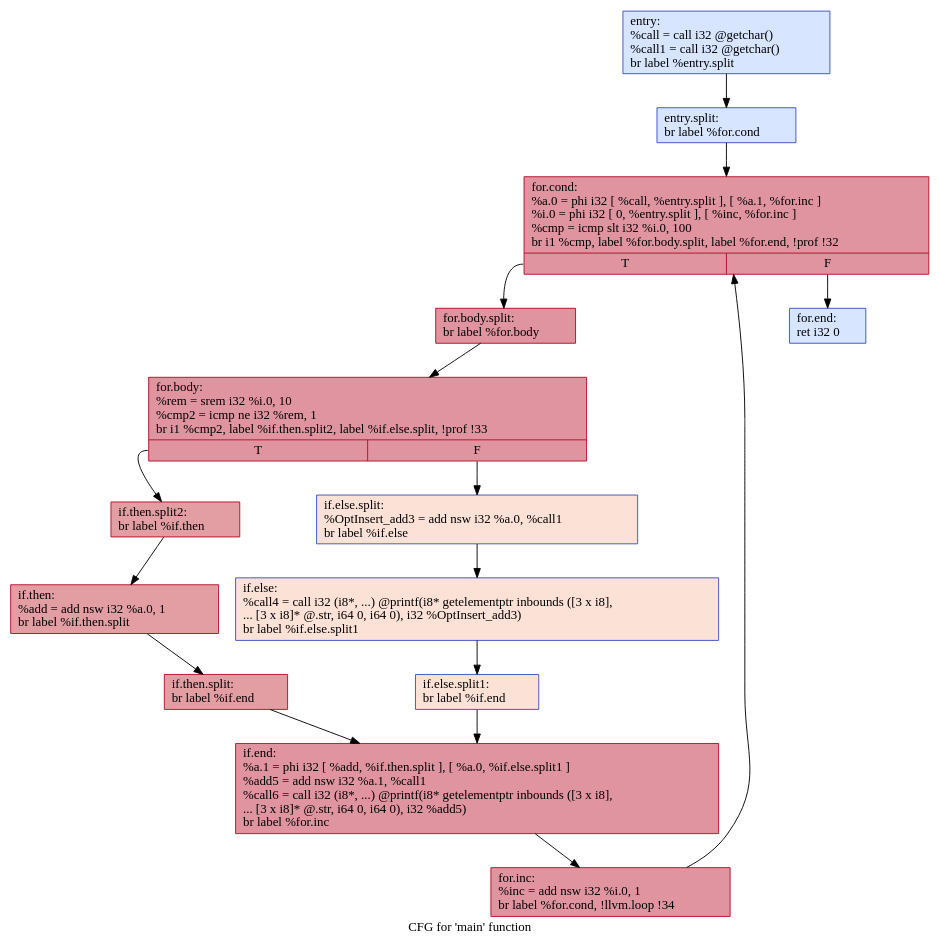
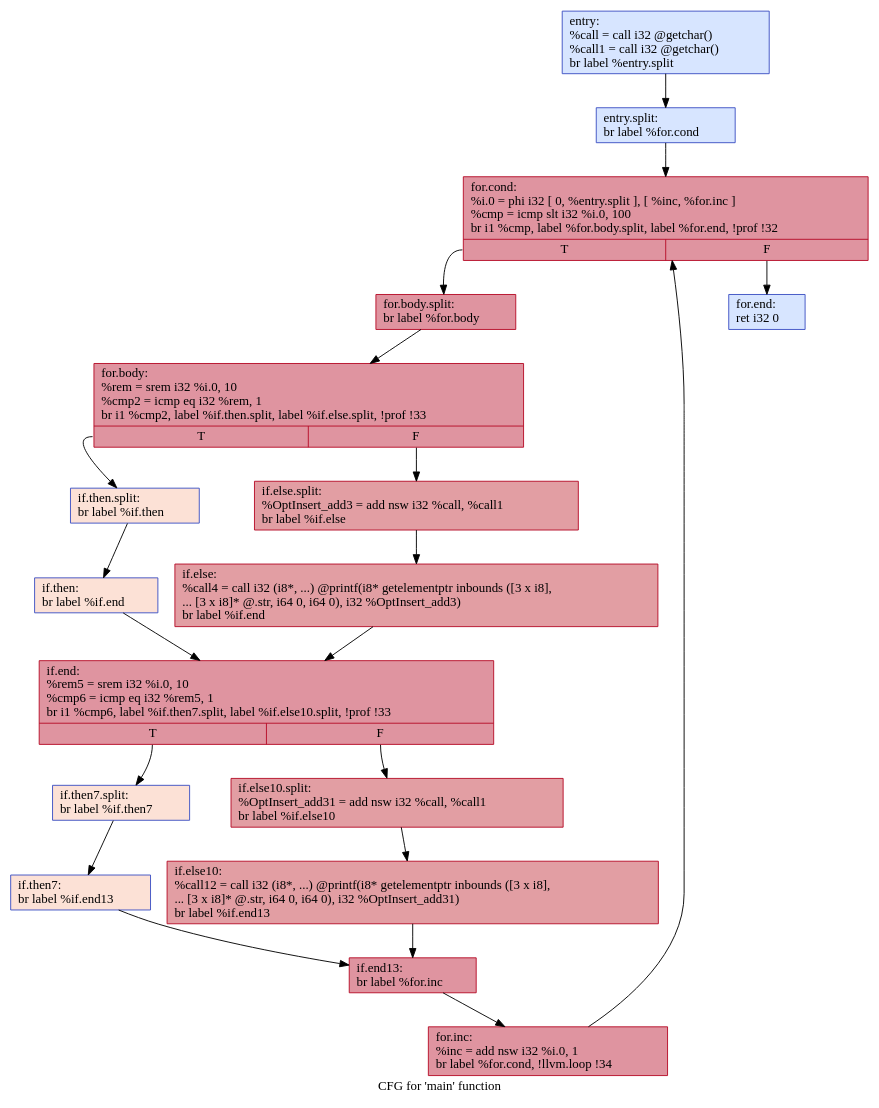
One commit to GGLeod/Speculation-Based-GVNPRE changed the diagram in visual/.main.dot. Above: the diagram before and after it, drawn with Graphviz. The commit also changed 14 other files, not shown here.

```diff
--- a/visual/.main.dot
+++ b/visual/.main.dot
@@ -1,33 +1,40 @@
 digraph "CFG for 'main' function" {
 	label="CFG for 'main' function";
 
-	Node0x564414811640 [shape=record,color="#3d50c3ff", style=filled, fillcolor="#a5c3fe70",label="{entry:\l  %call = call i32 @getchar()\l  %call1 = call i32 @getchar()\l  br label %entry.split\l}"];
-	Node0x564414811640 -> Node0x564414820880;
-	Node0x564414820880 [shape=record,color="#3d50c3ff", style=filled, fillcolor="#a5c3fe70",label="{entry.split:                                      \l  br label %for.cond\l}"];
-	Node0x564414820880 -> Node0x5644148208d0;
-	Node0x5644148208d0 [shape=record,color="#b70d28ff", style=filled, fillcolor="#b70d2870",label="{for.cond:                                         \l  %a.0 = phi i32 [ %call, %entry.split ], [ %a.1, %for.inc ]\l  %i.0 = phi i32 [ 0, %entry.split ], [ %inc, %for.inc ]\l  %cmp = icmp slt i32 %i.0, 100\l  br i1 %cmp, label %for.body.split, label %for.end, !prof !32\l|{<s0>T|<s1>F}}"];
-	Node0x5644148208d0:s0 -> Node0x564414820920;
-	Node0x5644148208d0:s1 -> Node0x564414820c40;
-	Node0x564414820920 [shape=record,color="#b70d28ff", style=filled, fillcolor="#b70d2870",label="{for.body.split:                                   \l  br label %for.body\l}"];
-	Node0x564414820920 -> Node0x564414820970;
-	Node0x564414820970 [shape=record,color="#b70d28ff", style=filled, fillcolor="#b70d2870",label="{for.body:                                         \l  %rem = srem i32 %i.0, 10\l  %cmp2 = icmp ne i32 %rem, 1\l  br i1 %cmp2, label %if.then.split2, label %if.else.split, !prof !33\l|{<s0>T|<s1>F}}"];
-	Node0x564414820970:s0 -> Node0x5644148209c0;
-	Node0x564414820970:s1 -> Node0x564414820ab0;
-	Node0x5644148209c0 [shape=record,color="#b70d28ff", style=filled, fillcolor="#be242e70",label="{if.then.split2:                                   \l  br label %if.then\l}"];
-	Node0x5644148209c0 -> Node0x564414820a10;
-	Node0x564414820a10 [shape=record,color="#b70d28ff", style=filled, fillcolor="#be242e70",label="{if.then:                                          \l  %add = add nsw i32 %a.0, 1\l  br label %if.then.split\l}"];
-	Node0x564414820a10 -> Node0x564414820a60;
-	Node0x564414820a60 [shape=record,color="#b70d28ff", style=filled, fillcolor="#be242e70",label="{if.then.split:                                    \l  br label %if.end\l}"];
-	Node0x564414820a60 -> Node0x564414820ba0;
-	Node0x564414820ab0 [shape=record,color="#3d50c3ff", style=filled, fillcolor="#f7bca170",label="{if.else.split:                                    \l  %OptInsert_add3 = add nsw i32 %a.0, %call1\l  br label %if.else\l}"];
-	Node0x564414820ab0 -> Node0x564414820b00;
-	Node0x564414820b00 [shape=record,color="#3d50c3ff", style=filled, fillcolor="#f7bca170",label="{if.else:                                          \l  %call4 = call i32 (i8*, ...) @printf(i8* getelementptr inbounds ([3 x i8],\l... [3 x i8]* @.str, i64 0, i64 0), i32 %OptInsert_add3)\l  br label %if.else.split1\l}"];
-	Node0x564414820b00 -> Node0x564414820b50;
-	Node0x564414820b50 [shape=record,color="#3d50c3ff", style=filled, fillcolor="#f7bca170",label="{if.else.split1:                                   \l  br label %if.end\l}"];
-	Node0x564414820b50 -> Node0x564414820ba0;
-	Node0x564414820ba0 [shape=record,color="#b70d28ff", style=filled, fillcolor="#b70d2870",label="{if.end:                                           \l  %a.1 = phi i32 [ %add, %if.then.split ], [ %a.0, %if.else.split1 ]\l  %add5 = add nsw i32 %a.1, %call1\l  %call6 = call i32 (i8*, ...) @printf(i8* getelementptr inbounds ([3 x i8],\l... [3 x i8]* @.str, i64 0, i64 0), i32 %add5)\l  br label %for.inc\l}"];
-	Node0x564414820ba0 -> Node0x564414820bf0;
-	Node0x564414820bf0 [shape=record,color="#b70d28ff", style=filled, fillcolor="#b70d2870",label="{for.inc:                                          \l  %inc = add nsw i32 %i.0, 1\l  br label %for.cond, !llvm.loop !34\l}"];
-	Node0x564414820bf0 -> Node0x5644148208d0;
-	Node0x564414820c40 [shape=record,color="#3d50c3ff", style=filled, fillcolor="#a5c3fe70",label="{for.end:                                          \l  ret i32 0\l}"];
+	Node0x56197d416640 [shape=record,color="#3d50c3ff", style=filled, fillcolor="#a5c3fe70",label="{entry:\l  %call = call i32 @getchar()\l  %call1 = call i32 @getchar()\l  br label %entry.split\l}"];
+	Node0x56197d416640 -> Node0x56197d425f80;
+	Node0x56197d425f80 [shape=record,color="#3d50c3ff", style=filled, fillcolor="#a5c3fe70",label="{entry.split:                                      \l  br label %for.cond\l}"];
+	Node0x56197d425f80 -> Node0x56197d425fd0;
+	Node0x56197d425fd0 [shape=record,color="#b70d28ff", style=filled, fillcolor="#b70d2870",label="{for.cond:                                         \l  %i.0 = phi i32 [ 0, %entry.split ], [ %inc, %for.inc ]\l  %cmp = icmp slt i32 %i.0, 100\l  br i1 %cmp, label %for.body.split, label %for.end, !prof !32\l|{<s0>T|<s1>F}}"];
+	Node0x56197d425fd0:s0 -> Node0x56197d426020;
+	Node0x56197d425fd0:s1 -> Node0x56197d426430;
+	Node0x56197d426020 [shape=record,color="#b70d28ff", style=filled, fillcolor="#b70d2870",label="{for.body.split:                                   \l  br label %for.body\l}"];
+	Node0x56197d426020 -> Node0x56197d426070;
+	Node0x56197d426070 [shape=record,color="#b70d28ff", style=filled, fillcolor="#b70d2870",label="{for.body:                                         \l  %rem = srem i32 %i.0, 10\l  %cmp2 = icmp eq i32 %rem, 1\l  br i1 %cmp2, label %if.then.split, label %if.else.split, !prof !33\l|{<s0>T|<s1>F}}"];
+	Node0x56197d426070:s0 -> Node0x56197d4260c0;
+	Node0x56197d426070:s1 -> Node0x56197d426160;
+	Node0x56197d4260c0 [shape=record,color="#3d50c3ff", style=filled, fillcolor="#f7bca170",label="{if.then.split:                                    \l  br label %if.then\l}"];
+	Node0x56197d4260c0 -> Node0x56197d426110;
+	Node0x56197d426110 [shape=record,color="#3d50c3ff", style=filled, fillcolor="#f7bca170",label="{if.then:                                          \l  br label %if.end\l}"];
+	Node0x56197d426110 -> Node0x56197d426200;
+	Node0x56197d426160 [shape=record,color="#b70d28ff", style=filled, fillcolor="#be242e70",label="{if.else.split:                                    \l  %OptInsert_add3 = add nsw i32 %call, %call1\l  br label %if.else\l}"];
+	Node0x56197d426160 -> Node0x56197d4261b0;
+	Node0x56197d4261b0 [shape=record,color="#b70d28ff", style=filled, fillcolor="#be242e70",label="{if.else:                                          \l  %call4 = call i32 (i8*, ...) @printf(i8* getelementptr inbounds ([3 x i8],\l... [3 x i8]* @.str, i64 0, i64 0), i32 %OptInsert_add3)\l  br label %if.end\l}"];
+	Node0x56197d4261b0 -> Node0x56197d426200;
+	Node0x56197d426200 [shape=record,color="#b70d28ff", style=filled, fillcolor="#b70d2870",label="{if.end:                                           \l  %rem5 = srem i32 %i.0, 10\l  %cmp6 = icmp eq i32 %rem5, 1\l  br i1 %cmp6, label %if.then7.split, label %if.else10.split, !prof !33\l|{<s0>T|<s1>F}}"];
+	Node0x56197d426200:s0 -> Node0x56197d426250;
+	Node0x56197d426200:s1 -> Node0x56197d4262f0;
+	Node0x56197d426250 [shape=record,color="#3d50c3ff", style=filled, fillcolor="#f7bca170",label="{if.then7.split:                                   \l  br label %if.then7\l}"];
+	Node0x56197d426250 -> Node0x56197d4262a0;
+	Node0x56197d4262a0 [shape=record,color="#3d50c3ff", style=filled, fillcolor="#f7bca170",label="{if.then7:                                         \l  br label %if.end13\l}"];
+	Node0x56197d4262a0 -> Node0x56197d426390;
+	Node0x56197d4262f0 [shape=record,color="#b70d28ff", style=filled, fillcolor="#be242e70",label="{if.else10.split:                                  \l  %OptInsert_add31 = add nsw i32 %call, %call1\l  br label %if.else10\l}"];
+	Node0x56197d4262f0 -> Node0x56197d426340;
+	Node0x56197d426340 [shape=record,color="#b70d28ff", style=filled, fillcolor="#be242e70",label="{if.else10:                                        \l  %call12 = call i32 (i8*, ...) @printf(i8* getelementptr inbounds ([3 x i8],\l... [3 x i8]* @.str, i64 0, i64 0), i32 %OptInsert_add31)\l  br label %if.end13\l}"];
+	Node0x56197d426340 -> Node0x56197d426390;
+	Node0x56197d426390 [shape=record,color="#b70d28ff", style=filled, fillcolor="#b70d2870",label="{if.end13:                                         \l  br label %for.inc\l}"];
+	Node0x56197d426390 -> Node0x56197d4263e0;
+	Node0x56197d4263e0 [shape=record,color="#b70d28ff", style=filled, fillcolor="#b70d2870",label="{for.inc:                                          \l  %inc = add nsw i32 %i.0, 1\l  br label %for.cond, !llvm.loop !34\l}"];
+	Node0x56197d4263e0 -> Node0x56197d425fd0;
+	Node0x56197d426430 [shape=record,color="#3d50c3ff", style=filled, fillcolor="#a5c3fe70",label="{for.end:                                          \l  ret i32 0\l}"];
 }
```
